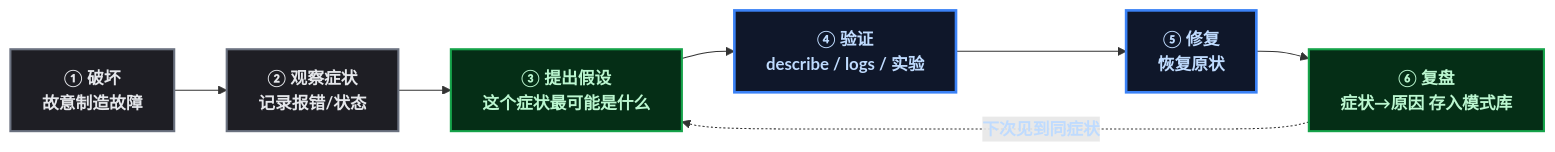
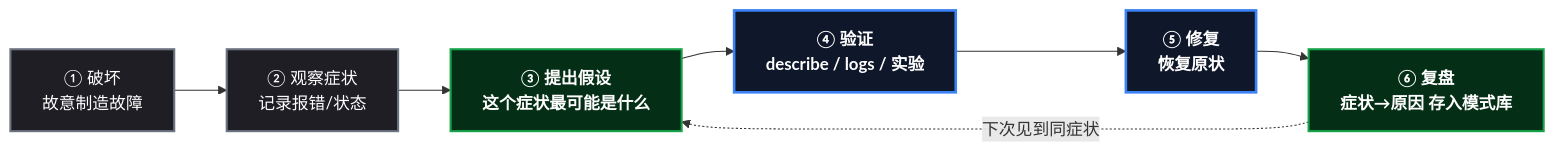
The diagram in content/posts/kubernetes/K8sBreakItFixIt.md (yaocat55/yaocat55.github.io), drawn with Mermaid before and after one commit. The commit also changed 27 other files, not shown here.

Commit message:
docs: 全系列 93 张 Mermaid 图 classDef 改为 style 强制深底白字(修复部分渲染器白底浅字)+历史文件格式清理

````diff
--- a/content/posts/kubernetes/K8sBreakItFixIt.md
+++ b/content/posts/kubernetes/K8sBreakItFixIt.md
@@ -43,21 +43,20 @@
 ```mermaid
 %% 破坏性练习的反馈循环
 flowchart LR
-    classDef root fill:#0f172a,stroke:#3b82f6,stroke-width:2.5px,color:#bfdbfe,font-weight:bold;
-    classDef process fill:#1e1e24,stroke:#6b7280,stroke-width:2px,color:#e5e7eb;
-    classDef data fill:#052e16,stroke:#16a34a,stroke-width:2px,color:#bbf7d0,font-weight:bold;
 
     A["① 破坏\n故意制造故障"]
     B["② 观察症状\n记录报错/状态"]
     C["③ 提出假设\n这个症状最可能是什么"]
     D["④ 验证\ndescribe / logs / 实验"]
     E["⑤ 修复\n恢复原状"]
     F["⑥ 复盘\n症状→原因 存入模式库"]
 
     A --> B --> C --> D --> E --> F
     F -.->|"下次见到同症状"| C
-
-    class A,B process;
-    class C,F data;
-    class D,E root;
+    style A fill:#1e1e24,stroke:#6b7280,stroke-width:2px,color:#ffffff
+    style B fill:#1e1e24,stroke:#6b7280,stroke-width:2px,color:#ffffff
+    style C fill:#052e16,stroke:#16a34a,stroke-width:2px,color:#ffffff,font-weight:bold
+    style F fill:#052e16,stroke:#16a34a,stroke-width:2px,color:#ffffff,font-weight:bold
+    style D fill:#0f172a,stroke:#3b82f6,stroke-width:2.5px,color:#ffffff,font-weight:bold
+    style E fill:#0f172a,stroke:#3b82f6,stroke-width:2.5px,color:#ffffff,font-weight:bold
 ```
````
